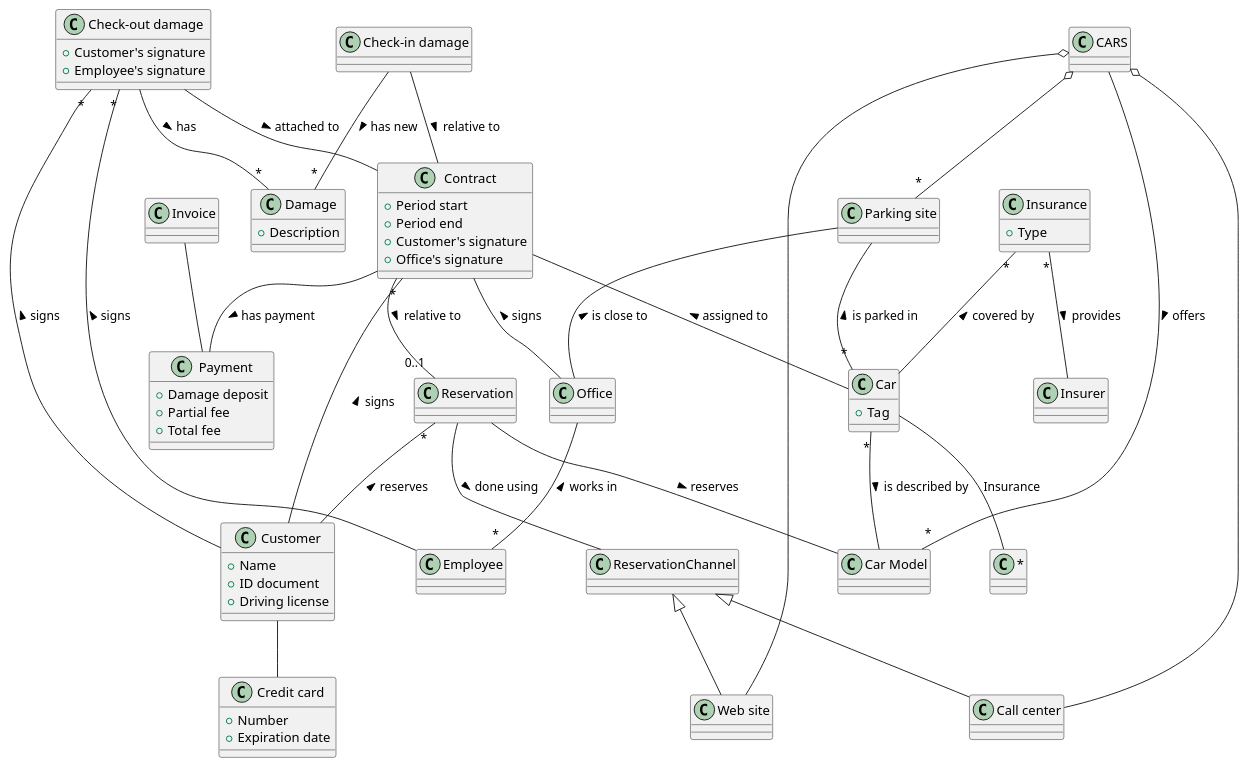
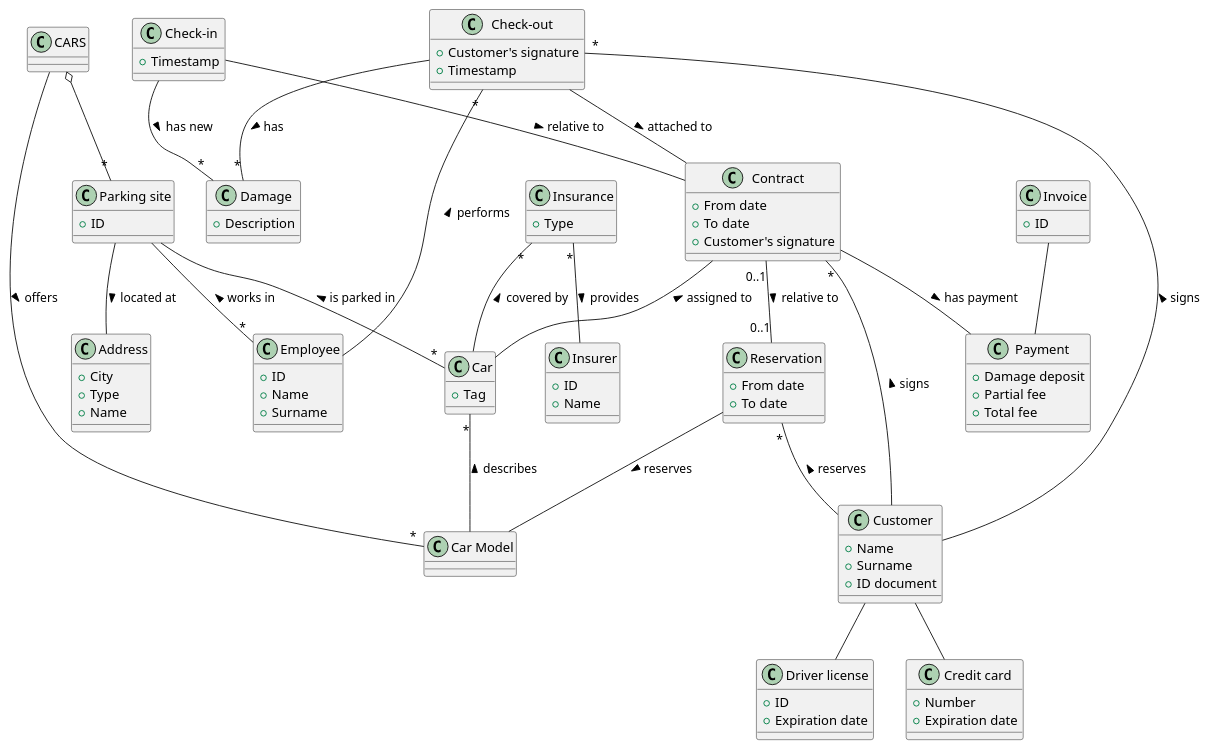
The diagram in car_rental.md (franco-ruggeri/polito-information-systems), drawn with PlantUML before and after one commit.

Commit message:
Fix lab 1 - car rental
- Remove web site and call center (not relevant in data model, no information to capture)
- Add some attributes for all the classes
- Add check-in and check-out (needed to check the period of the contract)
- Move driver license from attribute to class (it is structured and contains more than one attribute)

````diff
--- a/car_rental.md
+++ b/car_rental.md
@@ -31,82 +31,88 @@
   ' CARS company
   class CARS
   class "Parking site" as ParkingSite
-  class Office
+  class Address
   class Employee
   class Car
   class "Car Model" as CarModel
-  class "Call center" as CallCenter
-  class "Web site" as WebSite
   CARS o-- "*" ParkingSite
-  CARS o-- CallCenter
-  CARS o-- WebSite
   CARS -- "*" CarModel : offers >
-  ParkingSite -- Office : is close to <
   ParkingSite -- "*" Car : is parked in <
-  Office -- "*" Employee : works in <
-  Car "*" -- CarModel : is described by >
-  Car -- "*" : Insurance
+  ParkingSite -- "*" Employee : works in <
+  ParkingSite -- Address : located at >
+  Car "*" -- CarModel : describes <
   Car : +Tag
+  ParkingSite : +ID
+  Address : +City
+  Address : +Type
+  Address : +Name
+  Employee : +ID
+  Employee : +Name
+  Employee : +Surname
   
   ' Insurances
   class Insurer
   class Insurance
   Insurance "*" -- Insurer : provides >
   Insurance "*" -- Car : covered by <
+  Insurer : +ID
+  Insurer : +Name
   Insurance : +Type
   
   ' Customer
   class Customer
-  class "Credit card" as CreditCard
-  Customer -- CreditCard
+  class "Driver license" as DriverLicense
+  Customer -- DriverLicense
   Customer : +Name
+  Customer : +Surname
   Customer : +ID document
-  Customer : +Driving license
-  CreditCard : +Number
-  CreditCard : +Expiration date
+  DriverLicense : +ID
+  DriverLicense : +Expiration date
   
   ' Reservation
   class Reservation
-  class ReservationChannel
-  ReservationChannel <|-- CallCenter
-  ReservationChannel <|-- WebSite
   Reservation "*" -- Customer : reserves <
-  Reservation -- ReservationChannel : done using >
   Reservation -- CarModel : reserves >
+  Reservation : +From date
+  Reservation : +To date
   
   ' Check-out - Part 1
   class Contract
+  class "Credit card" as CreditCard
   class Payment
   Contract "*" -- Customer : signs <
-  Contract -- "0..1" Reservation : relative to >
-  Contract -- Office : signs <
+  Contract "0..1" -- "0..1" Reservation : relative to >
+  Customer -- CreditCard
   Contract -- Payment : has payment >
   Contract -- Car : assigned to <
-  Contract : +Period start
-  Contract : +Period end
+  Contract : +From date
+  Contract : +To date
   Contract : +Customer's signature
-  Contract : +Office's signature
+  CreditCard : +Number
+  CreditCard : +Expiration date
   Payment : +Damage deposit
   Payment : +Partial fee
   Payment : +Total fee
   
   ' Check-out - Part 2
-  class "Check-out damage" as CheckoutDamage
+  class "Check-out" as Checkout
   class Damage
-  CheckoutDamage -- Contract : attached to >
-  CheckoutDamage -- "*" Damage : has >
-  CheckoutDamage "*" -- Customer : signs <
-  CheckoutDamage "*" -- Employee : signs <
-  CheckoutDamage : +Customer's signature
-  CheckoutDamage : +Employee's signature
+  Checkout -- Contract : attached to >
+  Checkout -- "*" Damage : has >
+  Checkout "*" -- Customer : signs <
+  Checkout "*" -- Employee : performs <
+  Checkout : +Customer's signature
+  Checkout : +Timestamp
   Damage : +Description
   
   ' Check-in
-  class "Check-in damage" as CheckinDamage
-  CheckinDamage -- Contract : relative to >
-  CheckinDamage -- "*" Damage : has new >
+  class "Check-in" as Checkin
+  Checkin -- Contract : relative to >
+  Checkin -- "*" Damage : has new >
+  Checkin : +Timestamp
   
   ' Invoice
   class Invoice
   Invoice -- Payment
+  Invoice : +ID
   ``` 
````
